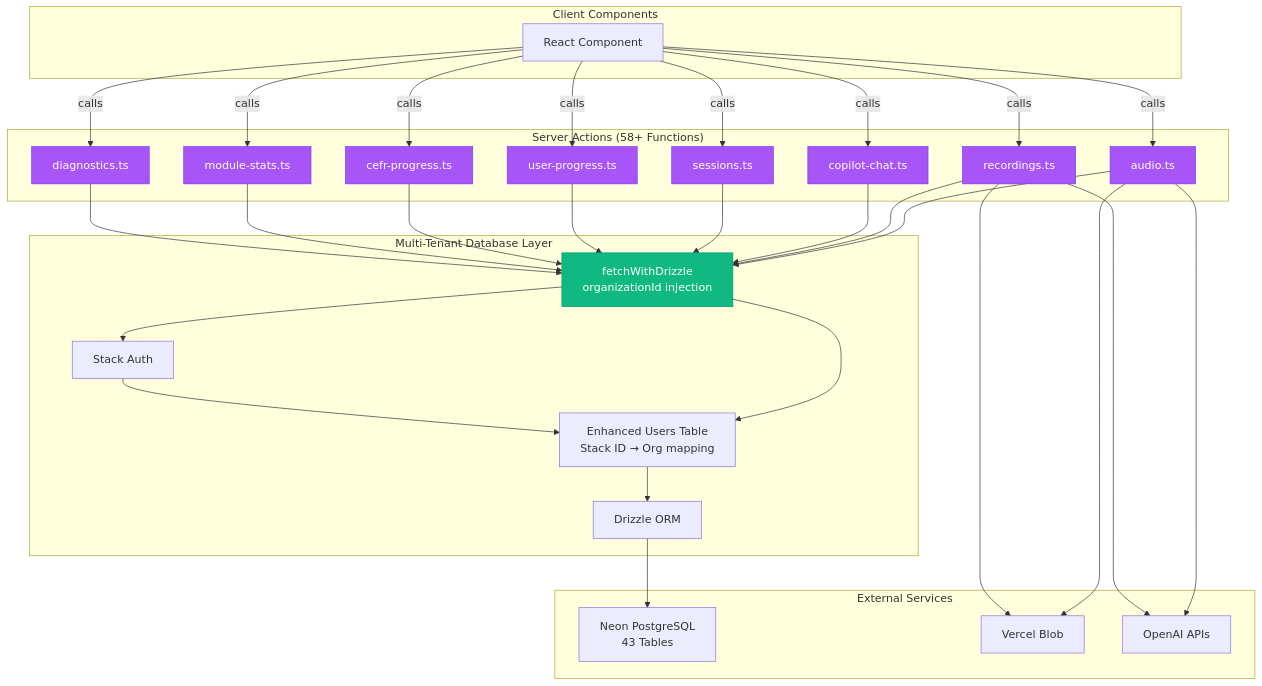
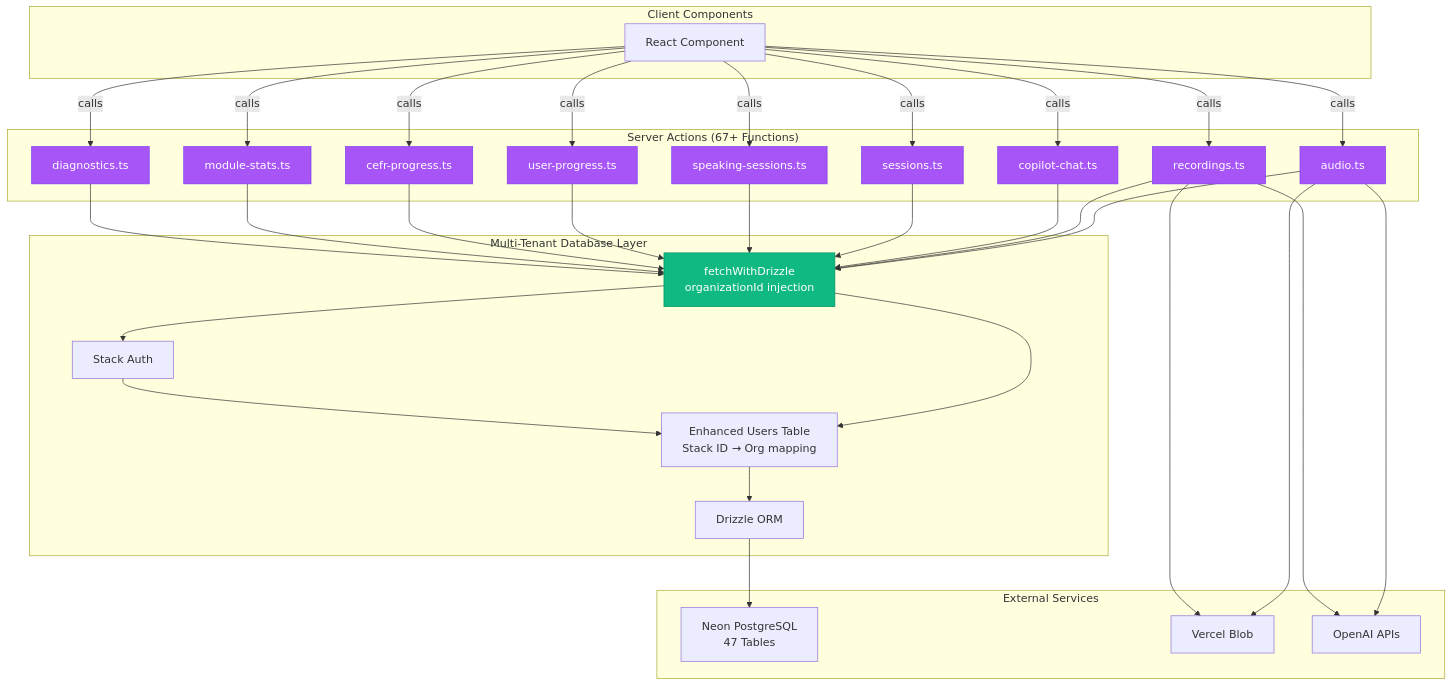
One commit to ChanMeng666/esol-learning-platform changed the third of 7 diagrams in docs/architecture/DATABASE_ARCHITECTURE.md. Above: the diagram before and after it, drawn with Mermaid. The commit also changed other lines of this file and 9 other files, not shown here.

````diff
--- a/docs/architecture/DATABASE_ARCHITECTURE.md
+++ b/docs/architecture/DATABASE_ARCHITECTURE.md
@@ -674,69 +811,73 @@
 ```mermaid
 graph TB
     subgraph "Client Components"
         A[React Component]
     end
 
-    subgraph "Server Actions (58+ Functions)"
+    subgraph "Server Actions (67+ Functions)"
         B[audio.ts]
         C[recordings.ts]
         D[copilot-chat.ts]
         E[sessions.ts]
+        SS[speaking-sessions.ts]
         F[user-progress.ts]
         G[cefr-progress.ts]
         H[module-stats.ts]
         I[diagnostics.ts]
     end
 
     subgraph "Multi-Tenant Database Layer"
         J[fetchWithDrizzle<br/>organizationId injection]
         K[Stack Auth]
         L[Enhanced Users Table<br/>Stack ID → Org mapping]
         M[Drizzle ORM]
     end
 
     subgraph "External Services"
-        N[Neon PostgreSQL<br/>43 Tables]
+        N[Neon PostgreSQL<br/>47 Tables]
         O[Vercel Blob]
         P[OpenAI APIs]
     end
 
     A -->|calls| B
     A -->|calls| C
     A -->|calls| D
     A -->|calls| E
+    A -->|calls| SS
     A -->|calls| F
     A -->|calls| G
     A -->|calls| H
     A -->|calls| I
 
     B --> J
     C --> J
     D --> J
     E --> J
+    SS --> J
     F --> J
     G --> J
     H --> J
     I --> J
 
     J --> K
     J --> L
     K --> L
     L --> M
     M --> N
 
     B --> O
     C --> O
     B --> P
     C --> P
 
     style B fill:#a855f7,stroke:#7c3aed,color:#fff
     style C fill:#a855f7,stroke:#7c3aed,color:#fff
     style D fill:#a855f7,stroke:#7c3aed,color:#fff
     style E fill:#a855f7,stroke:#7c3aed,color:#fff
+    style SS fill:#a855f7,stroke:#7c3aed,color:#fff
     style F fill:#a855f7,stroke:#7c3aed,color:#fff
     style G fill:#a855f7,stroke:#7c3aed,color:#fff
     style H fill:#a855f7,stroke:#7c3aed,color:#fff
     style I fill:#a855f7,stroke:#7c3aed,color:#fff
     style J fill:#10b981,stroke:#059669,color:#fff
 ```
````
